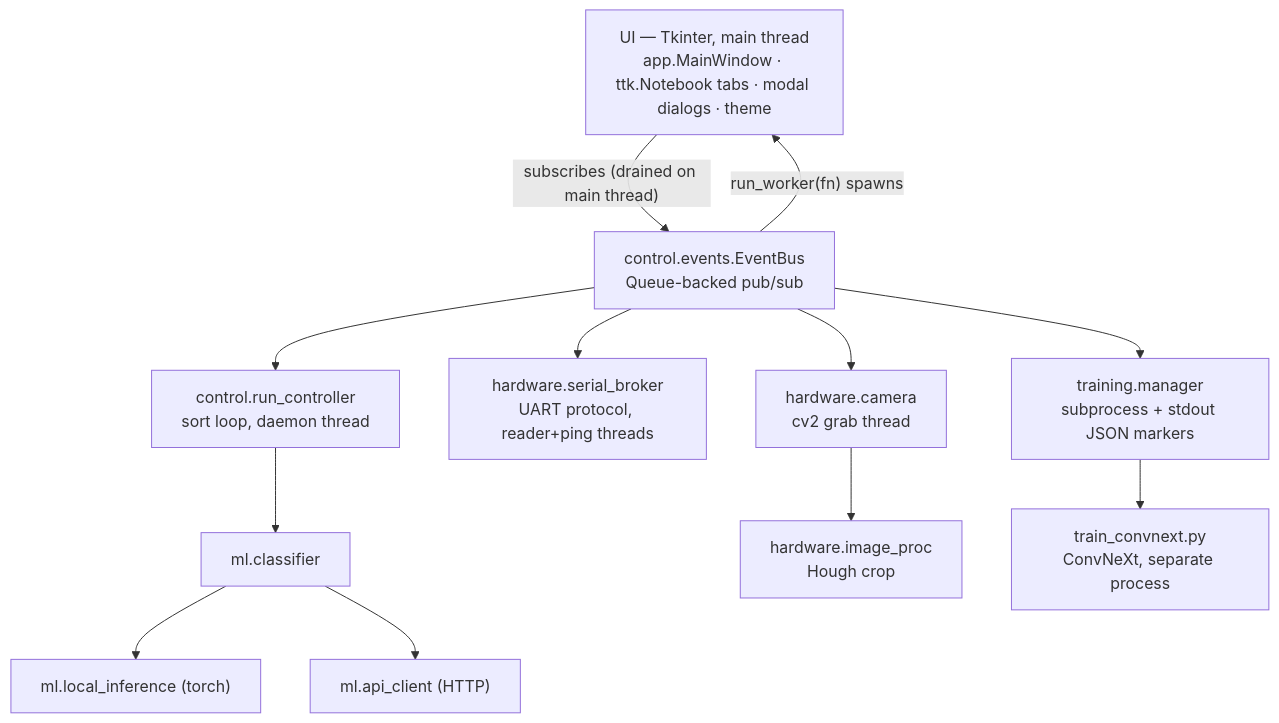
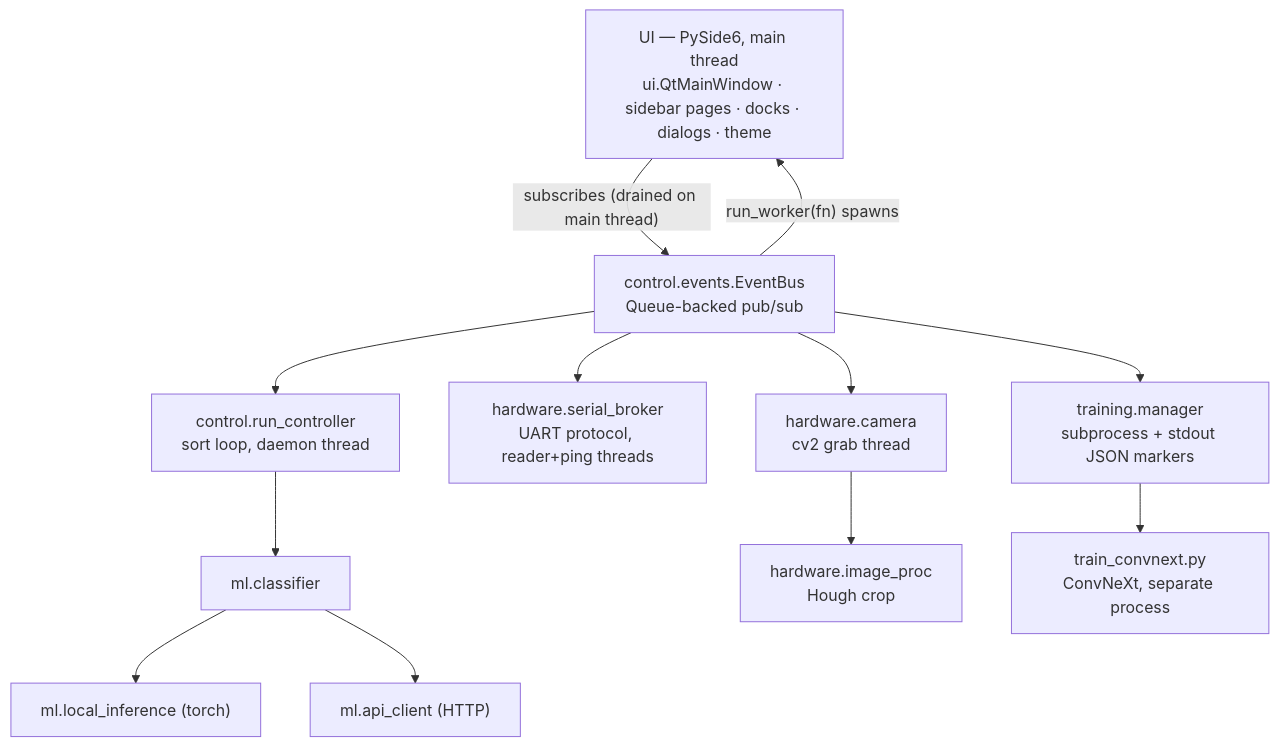
Before and after one commit to jimisola/AI-Case-Sorter-Py: the first of 2 diagrams in CLAUDE.md, drawn with Mermaid. The commit also changed other lines of this file and 186 other files, not shown here.

````diff
--- a/CLAUDE.md
+++ b/CLAUDE.md
@@ -175,21 +166,21 @@
 ```mermaid
 flowchart TB
-    UI["UI — Tkinter, main thread<br/>app.MainWindow · ttk.Notebook tabs · modal dialogs · theme"]
+    UI["UI — PySide6, main thread<br/>ui.QtMainWindow · sidebar pages · docks · dialogs · theme"]
     Bus["control.events.EventBus<br/>Queue-backed pub/sub"]
 
     UI -- "subscribes (drained on main thread)" --> Bus
     Bus -- "run_worker(fn) spawns" --> UI
 
     Bus --> RC["control.run_controller<br/>sort loop, daemon thread"]
     Bus --> SB["hardware.serial_broker<br/>UART protocol, reader+ping threads"]
     Bus --> CAM["hardware.camera<br/>cv2 grab thread"]
     Bus --> TM["training.manager<br/>subprocess + stdout JSON markers"]
 
     RC --> CLF["ml.classifier"]
     CLF --> LI["ml.local_inference (torch)"]
     CLF --> API["ml.api_client (HTTP)"]
 
     CAM --> IP["hardware.image_proc<br/>Hough crop"]
 
     TM --> TC["train_convnext.py<br/>ConvNeXt, separate process"]
 ```
````
